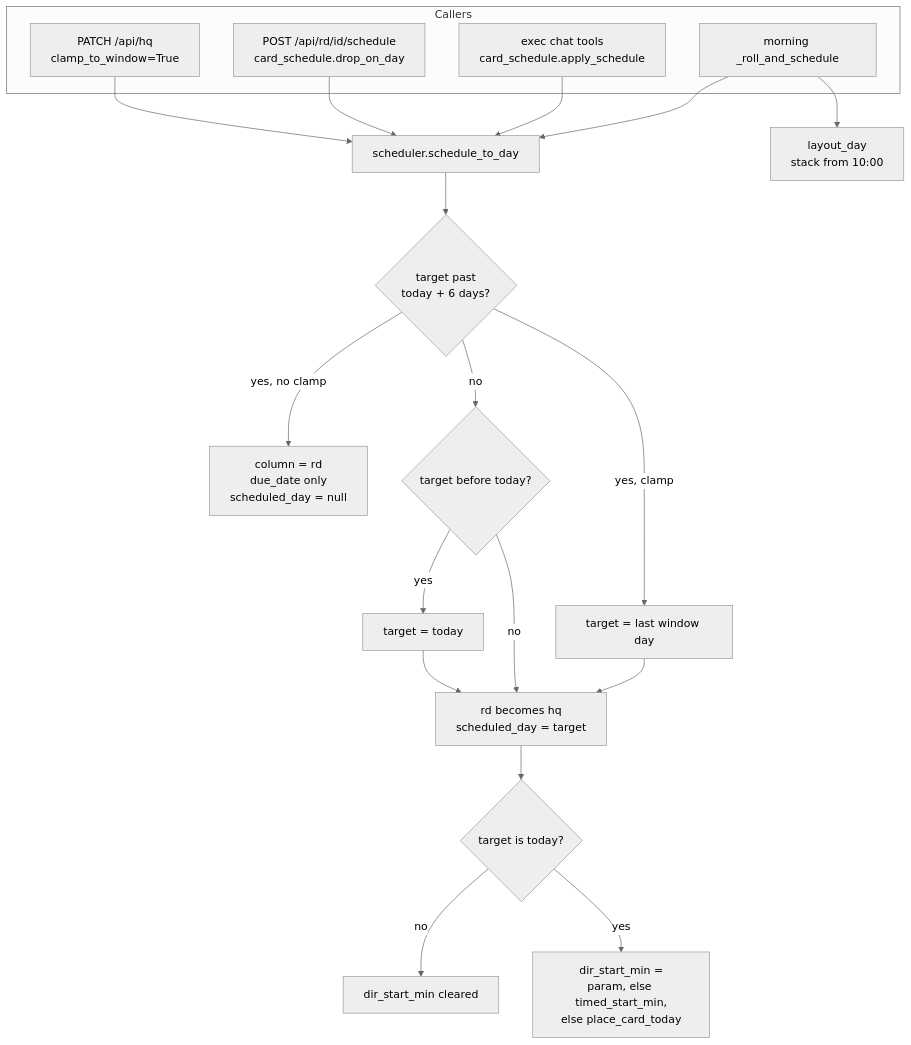
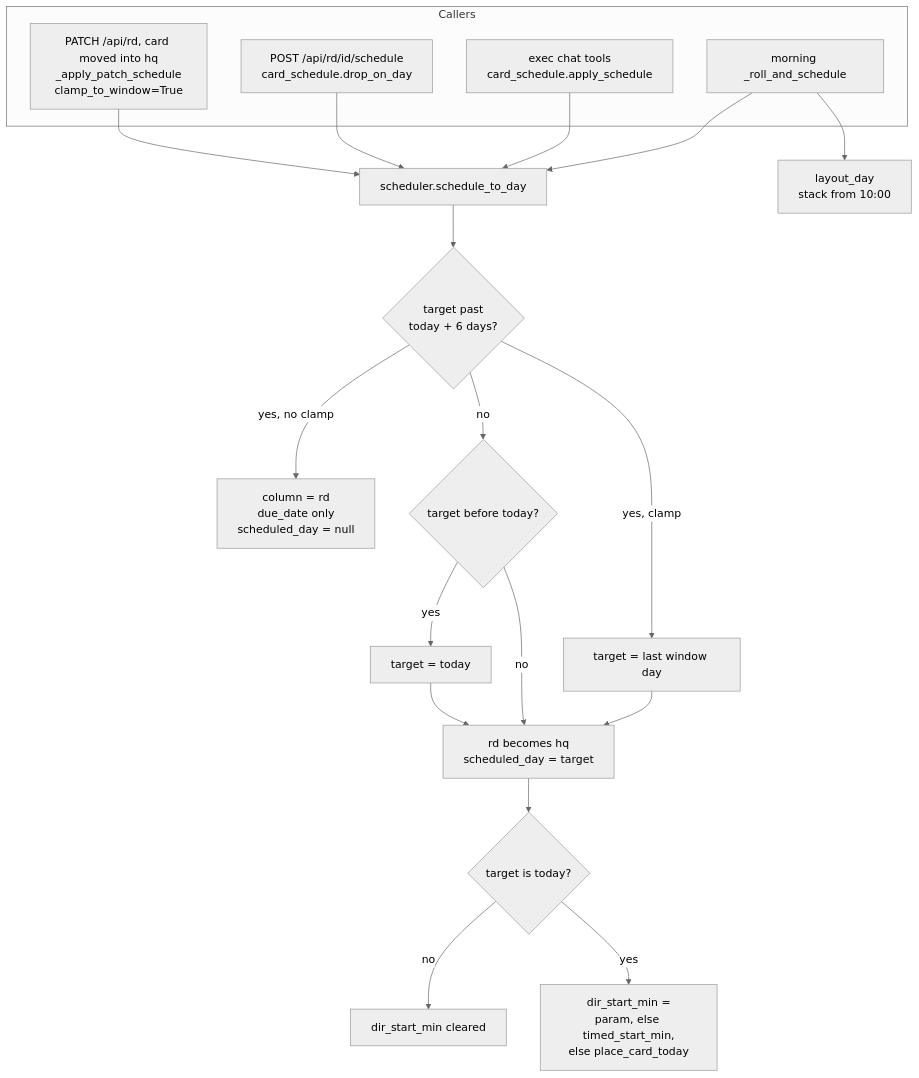
The diagram in docs/arch/03-scheduler.mmd (wai-lau/exec-fn), drawn with Mermaid (neutral theme) before and after one commit. The commit also changed 42 other files, not shown here.

```diff
--- a/docs/arch/03-scheduler.mmd
+++ b/docs/arch/03-scheduler.mmd
@@ -1,24 +1,24 @@
 flowchart TB
   subgraph callers["Callers"]
     morning["morning _roll_and_schedule"]
     execchat["exec chat tools<br/>card_schedule.apply_schedule"]
     drop["POST /api/rd/id/schedule<br/>card_schedule.drop_on_day"]
-    hq["PATCH /api/hq<br/>clamp_to_window=True"]
+    hq["PATCH /api/rd, card moved into hq<br/>_apply_patch_schedule<br/>clamp_to_window=True"]
   end
   s2d["scheduler.schedule_to_day"]
   morning --> s2d
   execchat --> s2d
   drop --> s2d
   hq --> s2d
   s2d --> win{"target past<br/>today + 6 days?"}
   win -->|"yes, no clamp"| out["column = rd<br/>due_date only<br/>scheduled_day = null"]
   win -->|"yes, clamp"| edge["target = last window day"]
   win -->|"no"| over{"target before today?"}
   edge --> inwin
   over -->|"yes"| clamp["target = today"]
   over -->|"no"| inwin
   clamp --> inwin["rd becomes hq<br/>scheduled_day = target"]
   inwin --> today{"target is today?"}
   today -->|"no"| clr["dir_start_min cleared"]
   today -->|"yes"| pos["dir_start_min =<br/>param, else timed_start_min,<br/>else place_card_today"]
   morning --> lay["layout_day<br/>stack from 10:00"]
```
